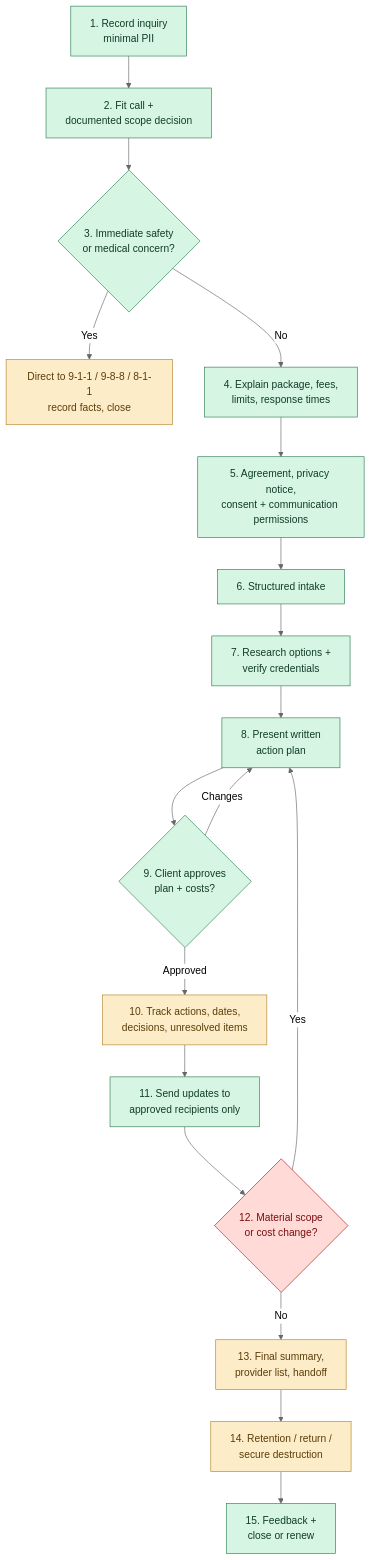
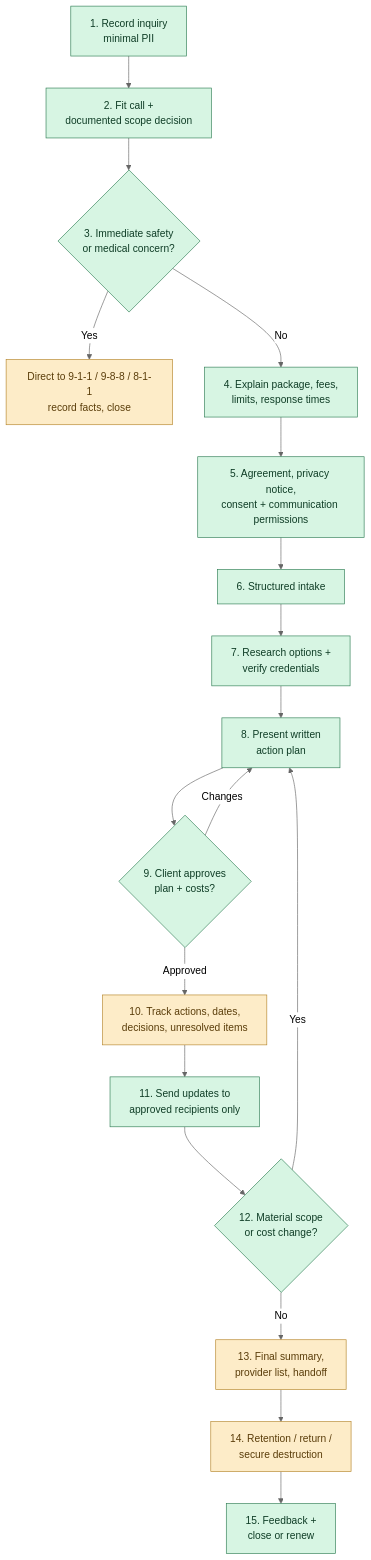
Before and after one commit to Yruhere1974/Fixer: the diagram in Project_Operating_System.md, drawn with Mermaid (neutral theme). The commit also changed other lines of this file and 10 other files, not shown here.

First line of the commit message:
feat(app): scope/cost change log (§6.10, journey step 12)

````diff
--- a/Project_Operating_System.md
+++ b/Project_Operating_System.md
@@ -478,24 +478,24 @@
 ```mermaid
 flowchart TD
     S1[1. Record inquiry<br/>minimal PII]:::ok --> S2[2. Fit call +<br/>documented scope decision]:::ok
     S2 --> S3{3. Immediate safety<br/>or medical concern?}:::ok
     S3 -- Yes --> E[Direct to 9-1-1 / 9-8-8 / 8-1-1<br/>record facts, close]:::partial
     S3 -- No --> S4[4. Explain package, fees,<br/>limits, response times]:::ok
     S4 --> S5[5. Agreement, privacy notice,<br/>consent + communication permissions]:::ok
     S5 --> S6[6. Structured intake]:::ok
     S6 --> S7[7. Research options +<br/>verify credentials]:::ok
     S7 --> S8[8. Present written<br/>action plan]:::ok
     S8 --> S9{9. Client approves<br/>plan + costs?}:::ok
     S9 -- Changes --> S8
     S9 -- Approved --> S10[10. Track actions, dates,<br/>decisions, unresolved items]:::partial
     S10 --> S11[11. Send updates to<br/>approved recipients only]:::ok
-    S11 --> S12{12. Material scope<br/>or cost change?}:::notbuilt
+    S11 --> S12{12. Material scope<br/>or cost change?}:::ok
     S12 -- Yes --> S8
     S12 -- No --> S13[13. Final summary,<br/>provider list, handoff]:::partial
     S13 --> S14[14. Retention / return /<br/>secure destruction]:::partial
     S14 --> S15[15. Feedback +<br/>close or renew]:::ok
 
     classDef ok fill:#d7f5e3,stroke:#2f7d54,color:#0f3d26;
     classDef partial fill:#fdecc8,stroke:#b5852a,color:#5a3d0a;
     classDef notbuilt fill:#ffdad6,stroke:#ba1a1a,color:#7a0e0e;
 ```
````
